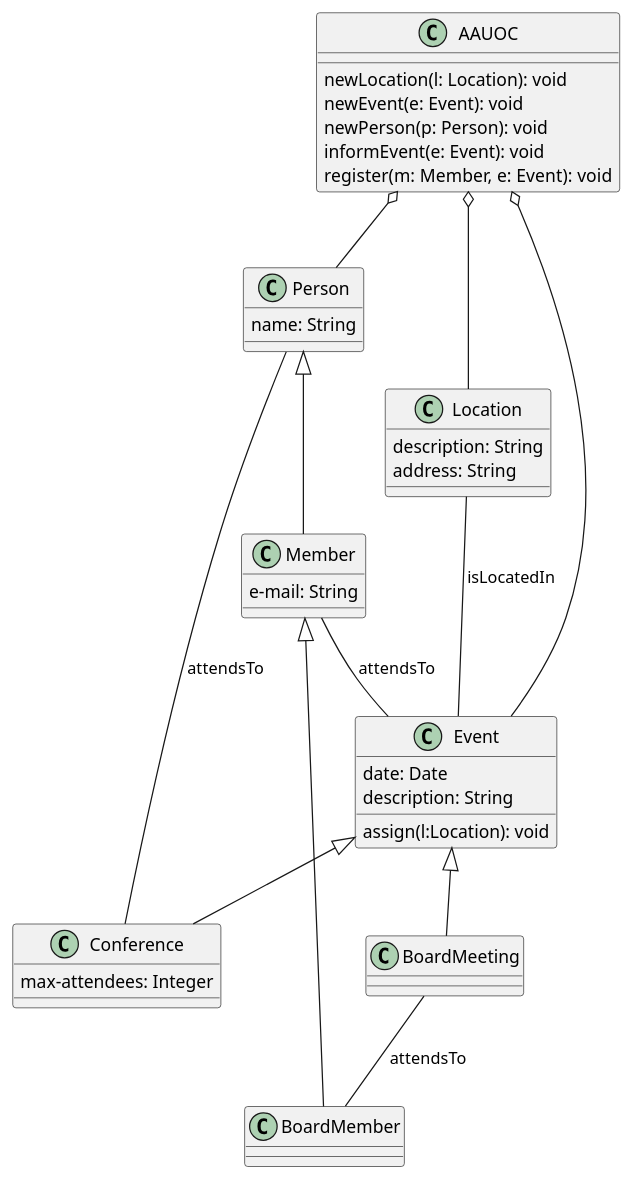
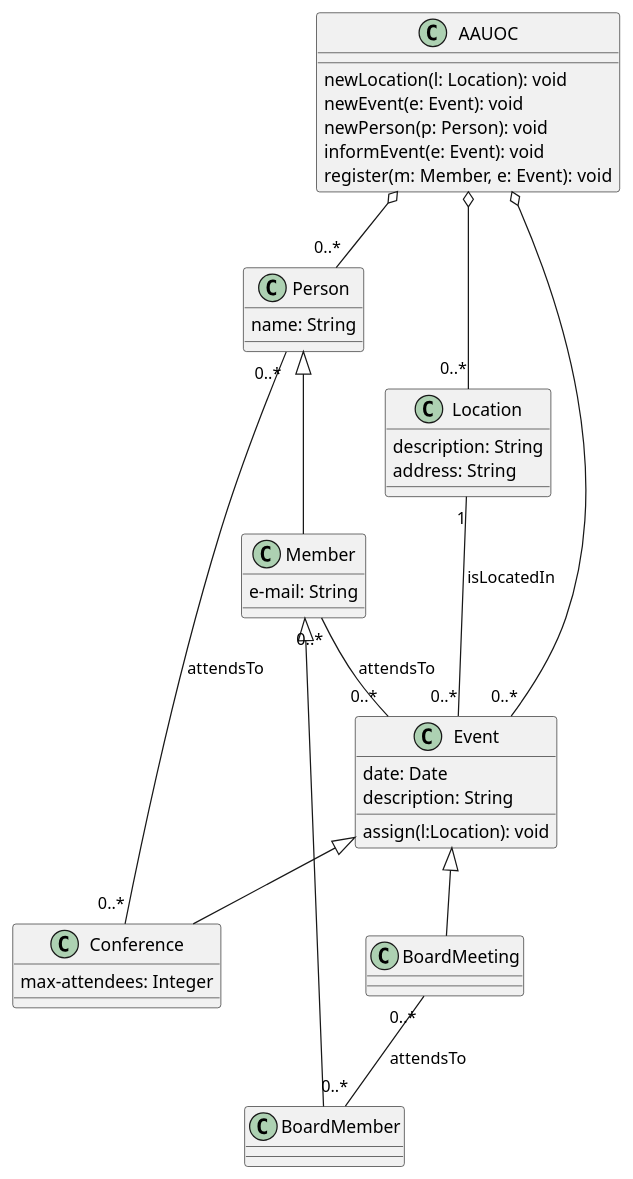
The diagram in AntiguosAlumnosUOC.puml (Davhemir/UMLClasesDavidHM), drawn with PlantUML before and after one commit. The commit also changed 1 other file, not shown here.

```diff
--- a/AntiguosAlumnosUOC.puml
+++ b/AntiguosAlumnosUOC.puml
@@ -1,47 +1,47 @@
 @startuml
 class AAUOC{
     newLocation(l: Location): void
     newEvent(e: Event): void
     newPerson(p: Person): void
     informEvent(e: Event): void
     register(m: Member, e: Event): void
 }
 class Location{
     description: String
     address: String
 }
 class Person{
     name: String
 }
 class Member{
     e-mail: String
 }
 class BoardMember{}
 class Event{
     date: Date
     description: String
     assign(l:Location): void
 }
 class Conference{
     max-attendees: Integer
 }
 class BoardMeeting{}
 
 
-AAUOC o-- Location
-AAUOC o-- Event
-AAUOC o-- Person
+AAUOC o-- "0..*" Location
+AAUOC o-- "0..*" Event
+AAUOC o-- "0..*" Person
 
 Event <|-- Conference
 Event <|-- BoardMeeting
 
 Person <|-- Member
 Member <|-- BoardMember
 
-Member --Event : attendsTo
-Location --Event : isLocatedIn
-Person -- Conference: attendsTo
-BoardMeeting -- BoardMember : attendsTo
+Member "0..*" -- "0..*" Event : attendsTo
+Location "1" -- "0..*" Event : isLocatedIn
+Person "0..*" -- "0..*" Conference: attendsTo
+BoardMeeting "0..*" -- "0..*" BoardMember : attendsTo
 
 
 @enduml
```
